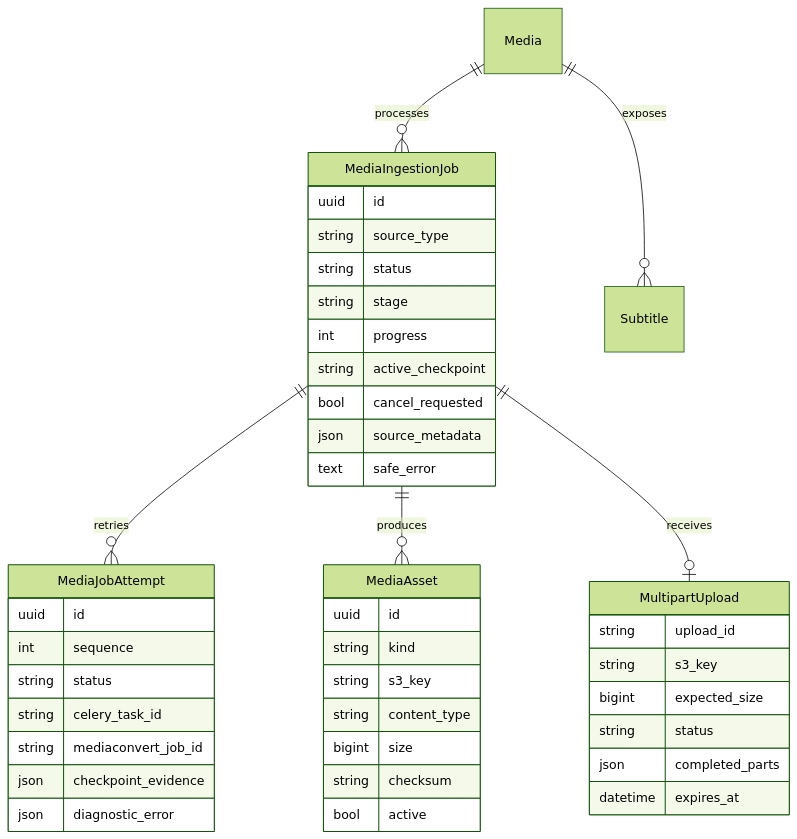
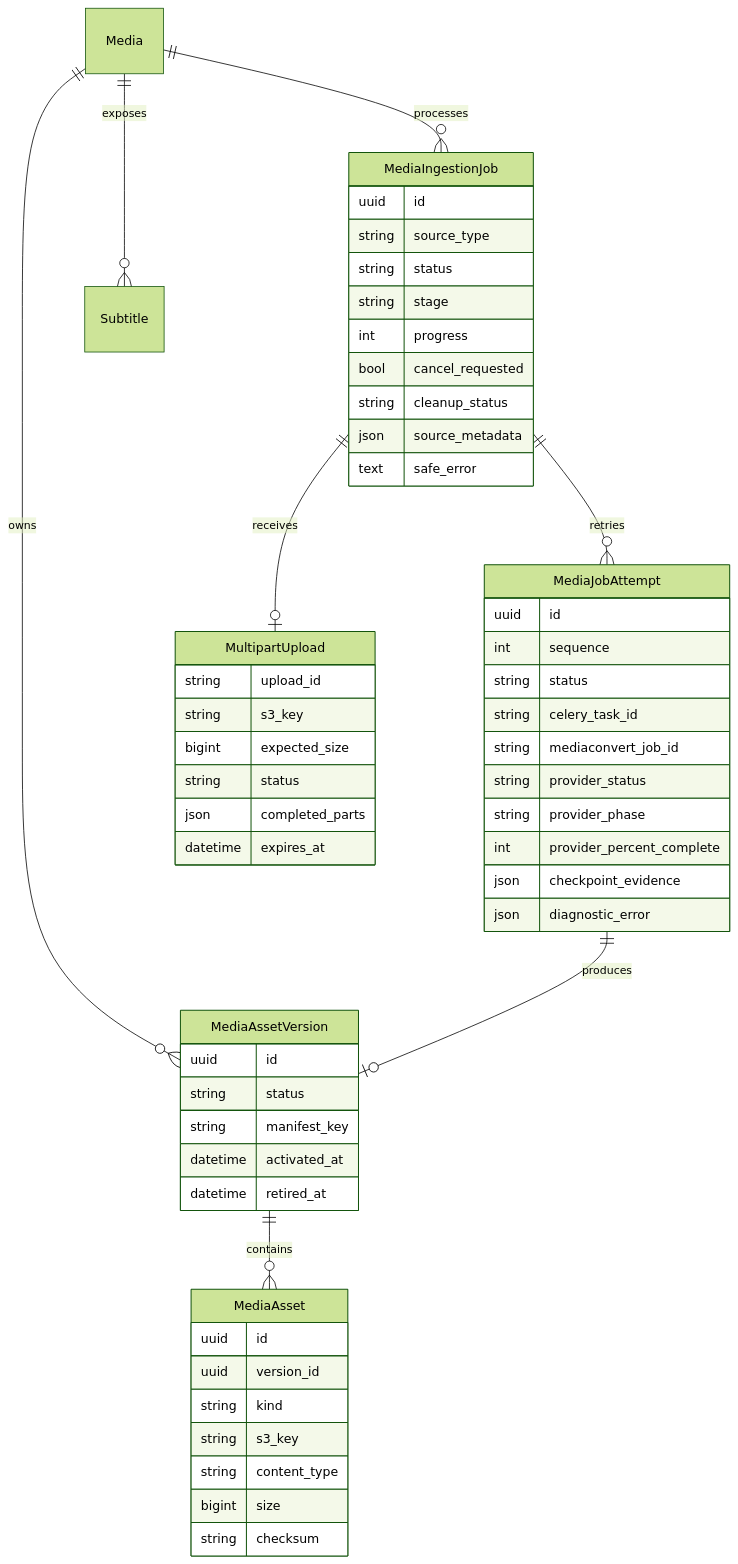
The second of 24 diagrams in docs/superpowers/specs/2026-08-01-aws-backend-integration-design.md (caoyjie/mediacms), drawn with Mermaid (forest theme) before and after one commit. The commit also changed other lines of this file, not shown here.

Commit message:
docs: refine MediaCMS AWS integration states

````diff
--- a/docs/superpowers/specs/2026-08-01-aws-backend-integration-design.md
+++ b/docs/superpowers/specs/2026-08-01-aws-backend-integration-design.md
@@ -129,49 +131,62 @@
 ```mermaid
 erDiagram
     Media ||--o{ MediaIngestionJob : processes
     MediaIngestionJob ||--o{ MediaJobAttempt : retries
-    MediaIngestionJob ||--o{ MediaAsset : produces
+    Media ||--o{ MediaAssetVersion : owns
+    MediaAssetVersion ||--o{ MediaAsset : contains
+    MediaJobAttempt ||--o| MediaAssetVersion : produces
     MediaIngestionJob ||--o| MultipartUpload : receives
     Media ||--o{ Subtitle : exposes
 
     MediaIngestionJob {
         uuid id
         string source_type
         string status
         string stage
         int progress
-        string active_checkpoint
         bool cancel_requested
+        string cleanup_status
         json source_metadata
         text safe_error
     }
 
     MediaJobAttempt {
         uuid id
         int sequence
         string status
         string celery_task_id
         string mediaconvert_job_id
+        string provider_status
+        string provider_phase
+        int provider_percent_complete
         json checkpoint_evidence
         json diagnostic_error
     }
 
+    MediaAssetVersion {
+        uuid id
+        string status
+        string manifest_key
+        datetime activated_at
+        datetime retired_at
+    }
+
     MediaAsset {
         uuid id
+        uuid version_id
         string kind
         string s3_key
         string content_type
         bigint size
         string checksum
-        bool active
     }
 
     MultipartUpload {
         string upload_id
         string s3_key
         bigint expected_size
         string status
         json completed_parts
         datetime expires_at
     }
 ```
````
